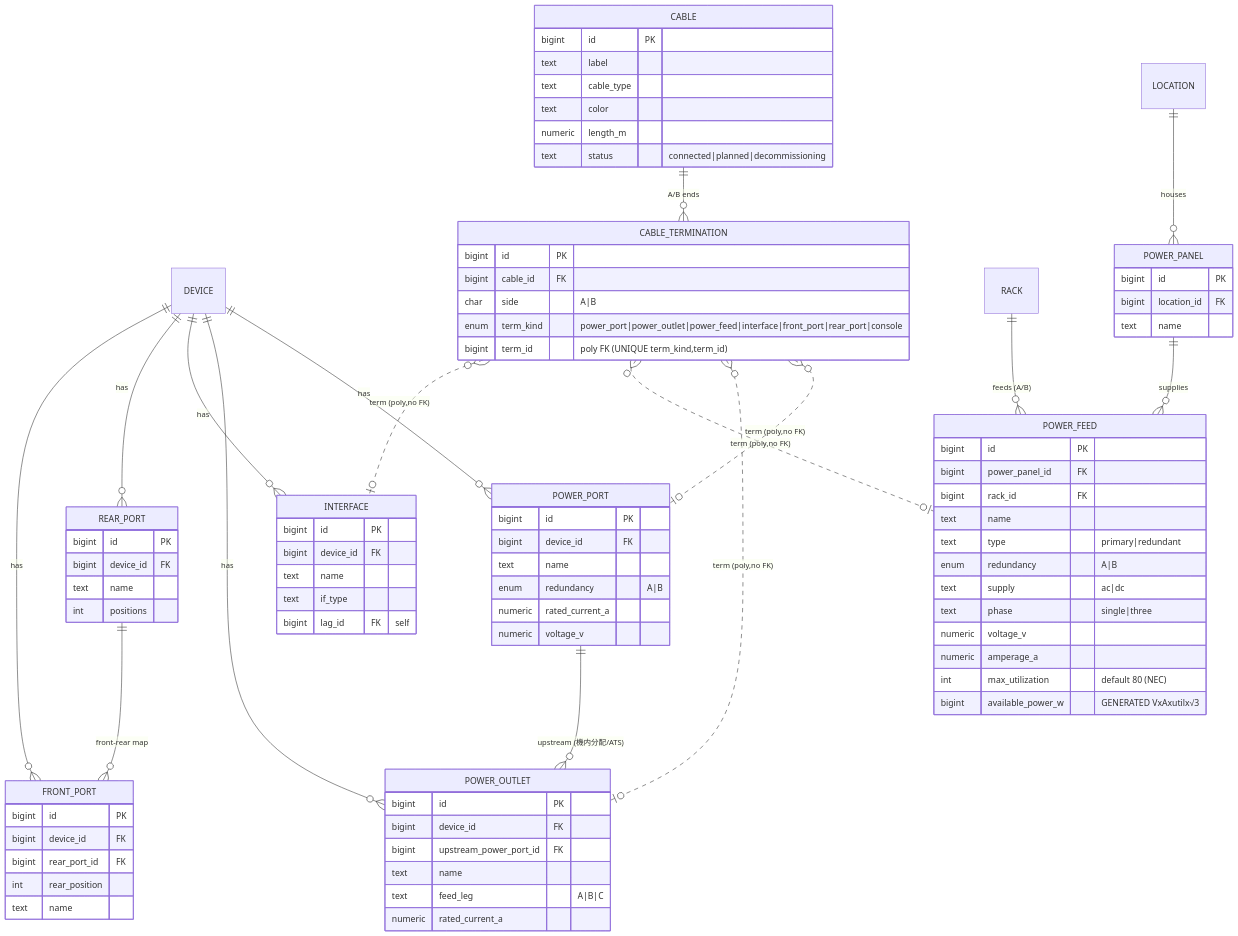
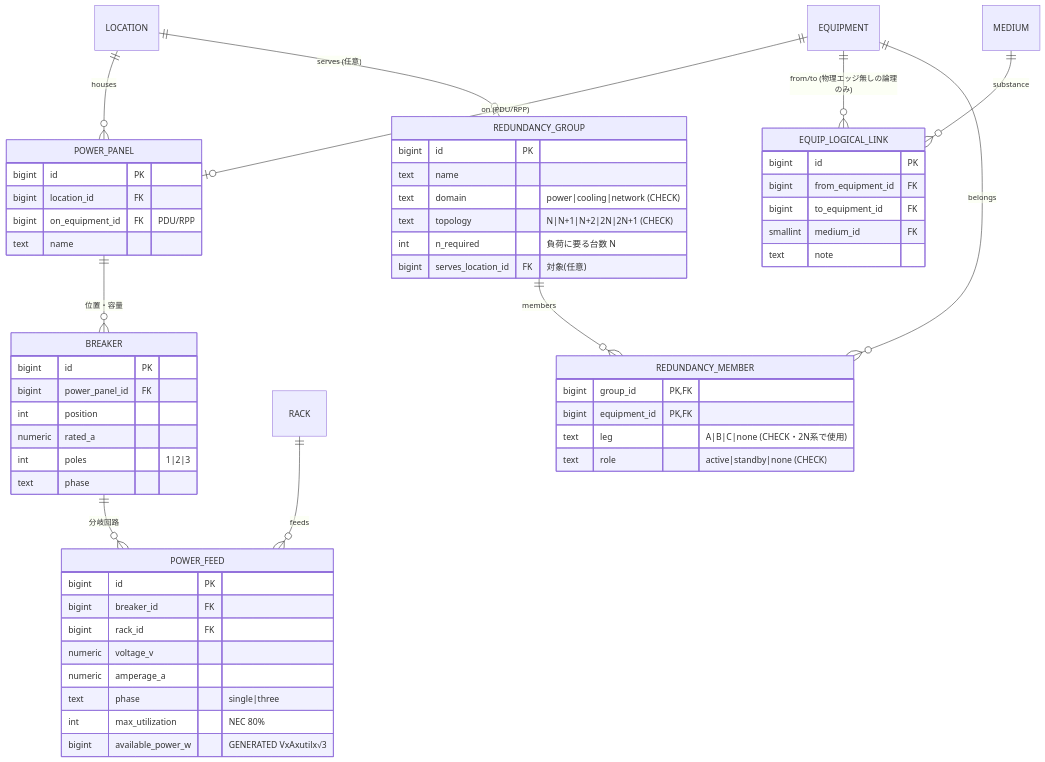
One commit to hn-11/dcim-schema-design changed the sixth of 8 diagrams in 05-er-diagram.md. Above: the diagram before and after it, drawn with Mermaid. The commit also changed other lines of this file and 12 other files, not shown here.

First line of the commit message:
Update README.md to refine schema design documentation and clarify project goals

````diff
--- a/05-er-diagram.md
+++ b/05-er-diagram.md
@@ -169,89 +293,59 @@
 ```mermaid
 erDiagram
-    DEVICE ||--o{ POWER_PORT : has
-    DEVICE ||--o{ POWER_OUTLET : has
-    POWER_PORT ||--o{ POWER_OUTLET : "upstream (機内分配/ATS)"
-    DEVICE ||--o{ INTERFACE : has
-    DEVICE ||--o{ REAR_PORT : has
-    DEVICE ||--o{ FRONT_PORT : has
-    REAR_PORT ||--o{ FRONT_PORT : "front-rear map"
     LOCATION ||--o{ POWER_PANEL : houses
-    POWER_PANEL ||--o{ POWER_FEED : supplies
-    RACK ||--o{ POWER_FEED : "feeds (A/B)"
-    CABLE ||--o{ CABLE_TERMINATION : "A/B ends"
-    CABLE_TERMINATION }o..o| POWER_PORT : "term (poly,no FK)"
-    CABLE_TERMINATION }o..o| POWER_OUTLET : "term (poly,no FK)"
-    CABLE_TERMINATION }o..o| POWER_FEED : "term (poly,no FK)"
-    CABLE_TERMINATION }o..o| INTERFACE : "term (poly,no FK)"
+    EQUIPMENT ||--o| POWER_PANEL : "on (PDU/RPP)"
+    POWER_PANEL ||--o{ BREAKER : "位置・容量"
+    BREAKER ||--o{ POWER_FEED : "分岐回路"
+    RACK ||--o{ POWER_FEED : feeds
+    EQUIPMENT ||--o{ EQUIP_LOGICAL_LINK : "from/to (物理エッジ無しの論理のみ)"
+    MEDIUM ||--o{ EQUIP_LOGICAL_LINK : substance
+    REDUNDANCY_GROUP ||--o{ REDUNDANCY_MEMBER : members
+    EQUIPMENT ||--o{ REDUNDANCY_MEMBER : belongs
+    LOCATION ||--o| REDUNDANCY_GROUP : "serves (任意)"
 
-    POWER_PORT {
-        bigint id PK
-        bigint device_id FK
-        text name
-        enum redundancy "A|B"
-        numeric rated_current_a
-        numeric voltage_v
-    }
-    POWER_OUTLET {
-        bigint id PK
-        bigint device_id FK
-        bigint upstream_power_port_id FK
-        text name
-        text feed_leg "A|B|C"
-        numeric rated_current_a
-    }
-    INTERFACE {
-        bigint id PK
-        bigint device_id FK
-        text name
-        text if_type
-        bigint lag_id FK "self"
-    }
-    REAR_PORT {
-        bigint id PK
-        bigint device_id FK
-        text name
-        int positions
-    }
-    FRONT_PORT {
-        bigint id PK
-        bigint device_id FK
-        bigint rear_port_id FK
-        int rear_position
-        text name
-    }
     POWER_PANEL {
         bigint id PK
         bigint location_id FK
+        bigint on_equipment_id FK "PDU/RPP"
         text name
+    }
+    BREAKER {
+        bigint id PK
+        bigint power_panel_id FK
+        int position
+        numeric rated_a
+        int poles "1|2|3"
+        text phase
     }
     POWER_FEED {
         bigint id PK
-        bigint power_panel_id FK
+        bigint breaker_id FK
         bigint rack_id FK
-        text name
-        text type "primary|redundant"
-        enum redundancy "A|B"
-        text supply "ac|dc"
-        text phase "single|three"
         numeric voltage_v
         numeric amperage_a
-        int max_utilization "default 80 (NEC)"
+        text phase "single|three"
+        int max_utilization "NEC 80%"
         bigint available_power_w "GENERATED VxAxutilx√3"
     }
-    CABLE {
+    EQUIP_LOGICAL_LINK {
         bigint id PK
-        text label
-        text cable_type
-        text color
-        numeric length_m
-        text status "connected|planned|decommissioning"
+        bigint from_equipment_id FK
+        bigint to_equipment_id FK
+        smallint medium_id FK
+        text note
     }
-    CABLE_TERMINATION {
+    REDUNDANCY_GROUP {
         bigint id PK
-        bigint cable_id FK
-        char side "A|B"
-        enum term_kind "power_port|power_outlet|power_feed|interface|front_port|rear_port|console"
-        bigint term_id "poly FK (UNIQUE term_kind,term_id)"
+        text name
+        text domain "power|cooling|network (CHECK)"
+        text topology "N|N+1|N+2|2N|2N+1 (CHECK)"
+        int n_required "負荷に要る台数 N"
+        bigint serves_location_id FK "対象(任意)"
+    }
+    REDUNDANCY_MEMBER {
+        bigint group_id PK,FK
+        bigint equipment_id PK,FK
+        text leg "A|B|C|none (CHECK・2N系で使用)"
+        text role "active|standby|none (CHECK)"
     }
 ```
````
